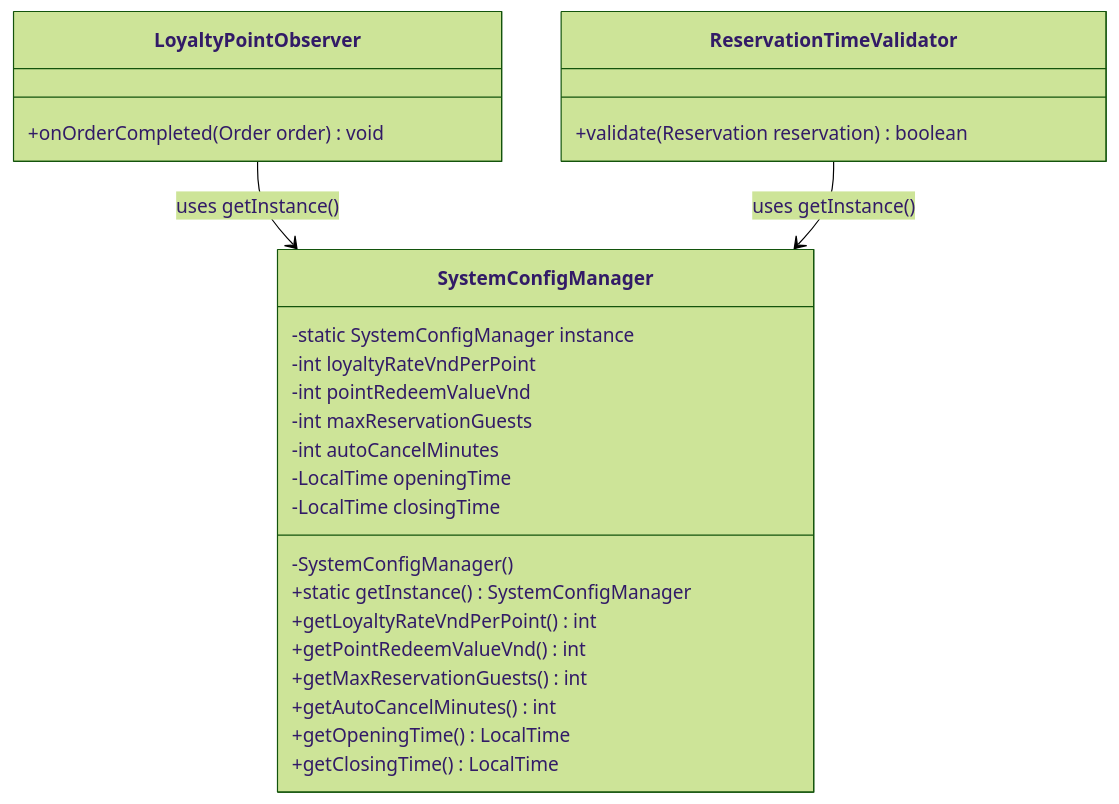
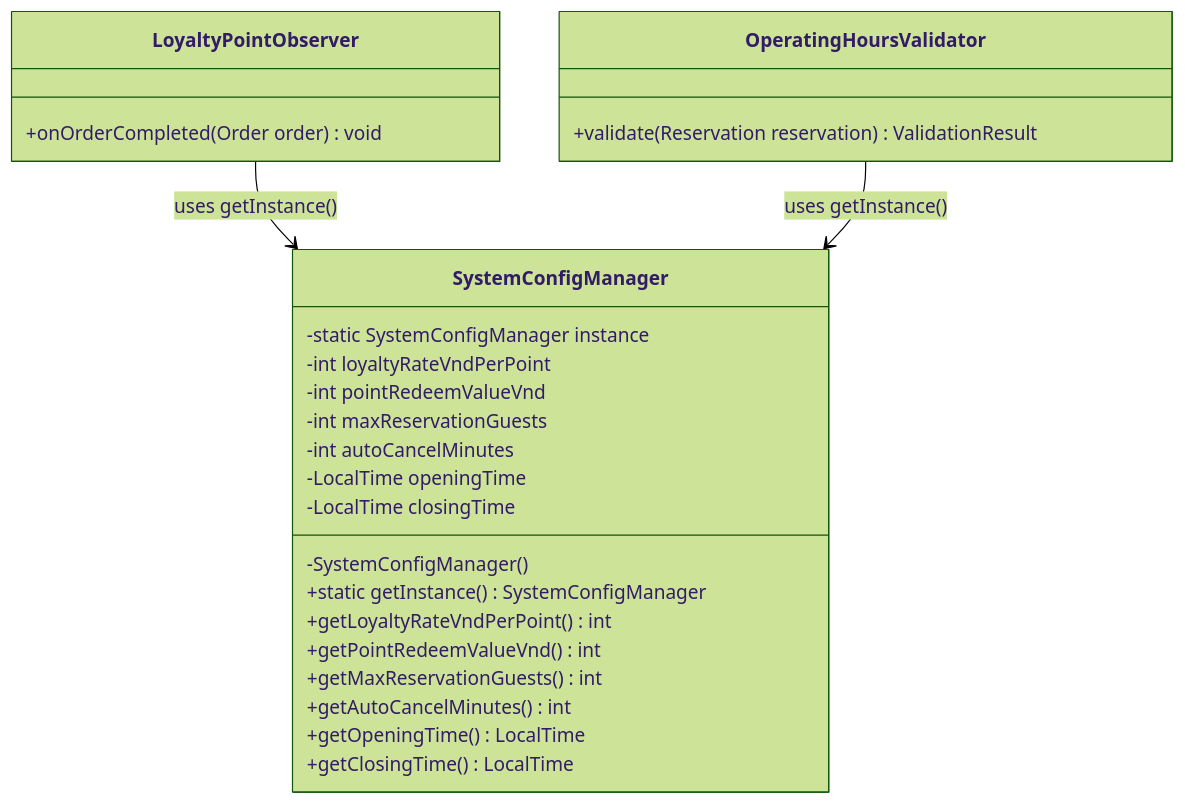
The second of 10 diagrams in docs/DESIGN_PATTERNS_SPEC.md (HubertPhung/WebQuanLyQuanCafe-DesignPatterns), drawn with Mermaid (forest theme) before and after one commit. The commit also changed other lines of this file, not shown here.

````diff
--- a/docs/DESIGN_PATTERNS_SPEC.md
+++ b/docs/DESIGN_PATTERNS_SPEC.md
@@ -432,31 +402,31 @@
 ```mermaid
 classDiagram
     class SystemConfigManager {
         -static SystemConfigManager instance
         -int loyaltyRateVndPerPoint
         -int pointRedeemValueVnd
         -int maxReservationGuests
         -int autoCancelMinutes
         -LocalTime openingTime
         -LocalTime closingTime
         -SystemConfigManager()
         +static getInstance() SystemConfigManager
         +getLoyaltyRateVndPerPoint() int
         +getPointRedeemValueVnd() int
         +getMaxReservationGuests() int
         +getAutoCancelMinutes() int
         +getOpeningTime() LocalTime
         +getClosingTime() LocalTime
     }
 
     class LoyaltyPointObserver {
         +onOrderCompleted(Order order) void
     }
 
-    class ReservationTimeValidator {
-        +validate(Reservation reservation) boolean
+    class OperatingHoursValidator {
+        +validate(Reservation reservation) ValidationResult
     }
 
     LoyaltyPointObserver --> SystemConfigManager : uses getInstance()
-    ReservationTimeValidator --> SystemConfigManager : uses getInstance()
+    OperatingHoursValidator --> SystemConfigManager : uses getInstance()
 ```
````
